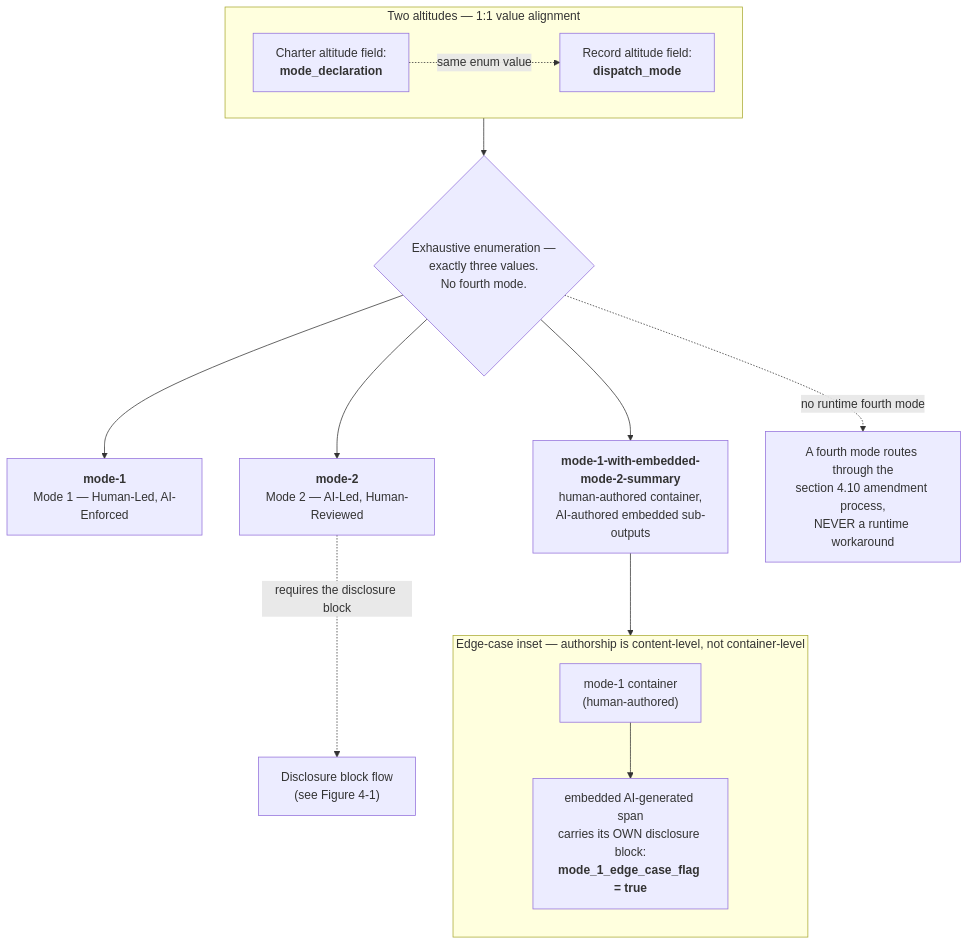
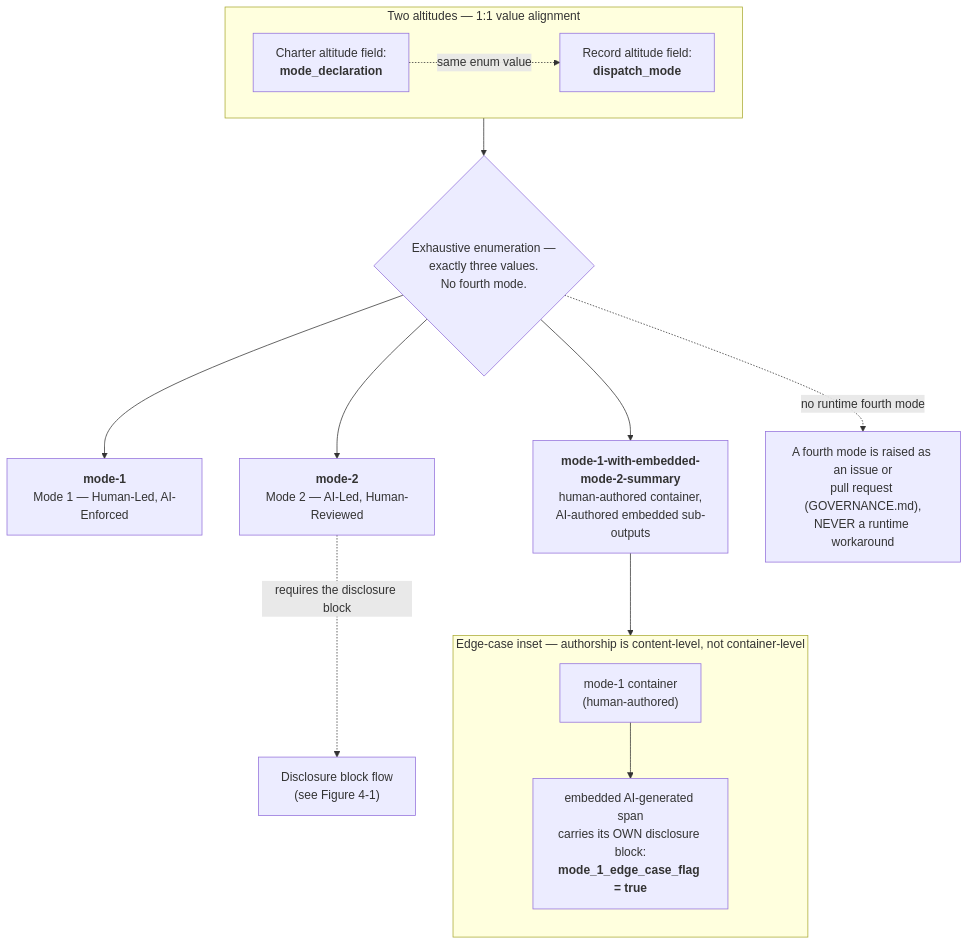
One commit to decision-provenance-standard/standard changed the second of 6 diagrams in spec/companion-D-diagrams.md. Above: the diagram before and after it, drawn with Mermaid. The commit also changed other lines of this file and 11 other files, not shown here.

````diff
--- a/spec/companion-D-diagrams.md
+++ b/spec/companion-D-diagrams.md
@@ -75,22 +75,22 @@
 ```mermaid
 flowchart TB
     subgraph altitudes["Two altitudes — 1:1 value alignment"]
         direction LR
         charterField["Charter altitude field:<br/><b>mode_declaration</b>"]
         recordField["Record altitude field:<br/><b>dispatch_mode</b>"]
         charterField -. "same enum value" .-> recordField
     end
     altitudes --> enumGate{"Exhaustive enumeration —<br/>exactly three values.<br/>No fourth mode."}
     enumGate --> m1["<b>mode-1</b><br/>Mode 1 — Human-Led, AI-Enforced"]
     enumGate --> m2["<b>mode-2</b><br/>Mode 2 — AI-Led, Human-Reviewed"]
     enumGate --> m1e["<b>mode-1-with-embedded-mode-2-summary</b><br/>human-authored container,<br/>AI-authored embedded sub-outputs"]
     m2 -. "requires the disclosure block" .-> a50["Disclosure block flow<br/>(see Figure 4-1)"]
     m1e --> edgeInset
     subgraph edgeInset["Edge-case inset — authorship is content-level, not container-level"]
         direction TB
         container["mode-1 container<br/>(human-authored)"]
         embedded["embedded AI-generated span<br/>carries its OWN disclosure block:<br/><b>mode_1_edge_case_flag = true</b>"]
         container --> embedded
     end
-    enumGate -. "no runtime fourth mode" .-> fourth["A fourth mode routes through the<br/>section 4.10 amendment process,<br/>NEVER a runtime workaround"]
+    enumGate -. "no runtime fourth mode" .-> fourth["A fourth mode is raised as an issue or<br/>pull request (GOVERNANCE.md),<br/>NEVER a runtime workaround"]
 ```
````
